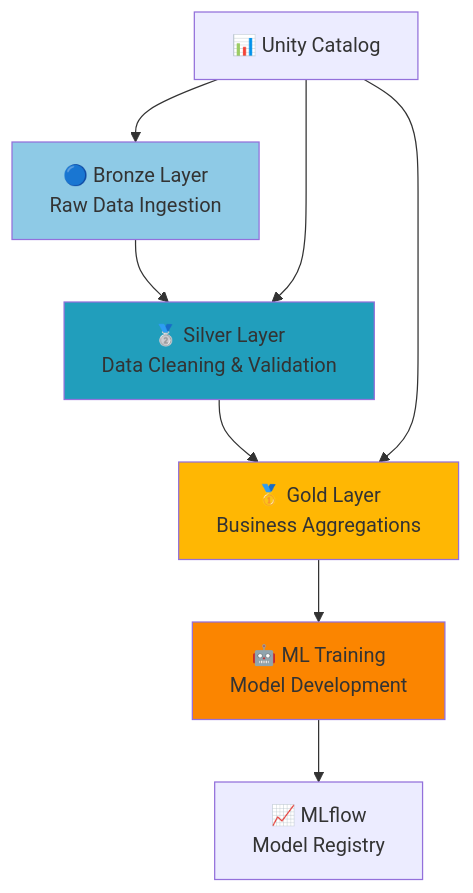
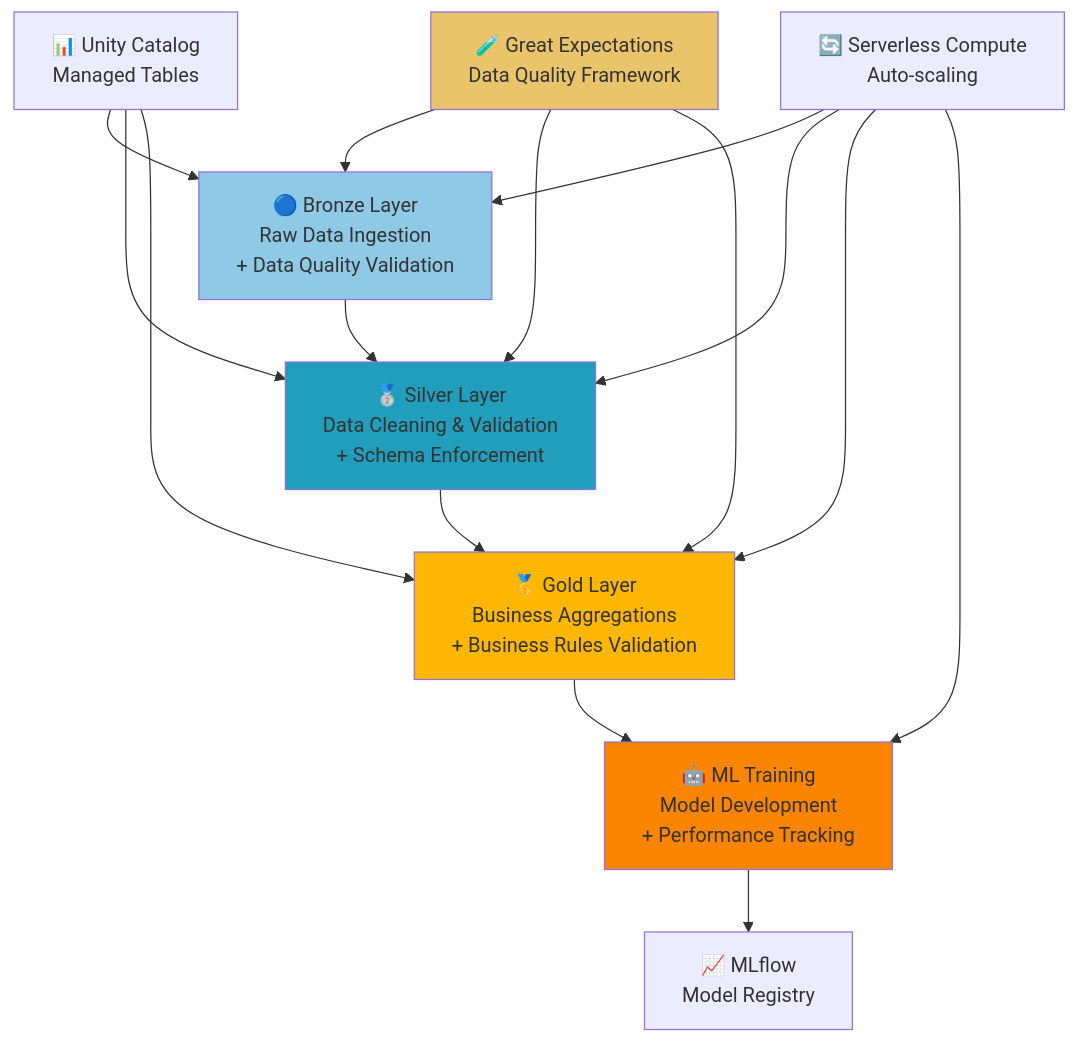
The diagram in iris_bundle/README.md (SchultzVV/Irisdb), drawn with Mermaid before and after one commit. The commit also changed other lines of this file, not shown here.

````diff
--- a/iris_bundle/README.md
+++ b/iris_bundle/README.md
@@ -14,17 +16,27 @@
 ```mermaid
 graph TD
-    A[🔵 Bronze Layer<br/>Raw Data Ingestion] --> B[🥈 Silver Layer<br/>Data Cleaning & Validation]
-    B --> C[🥇 Gold Layer<br/>Business Aggregations]
-    C --> D[🤖 ML Training<br/>Model Development]
+    A[🔵 Bronze Layer<br/>Raw Data Ingestion<br/>+ Data Quality Validation] --> B[🥈 Silver Layer<br/>Data Cleaning & Validation<br/>+ Schema Enforcement]
+    B --> C[🥇 Gold Layer<br/>Business Aggregations<br/>+ Business Rules Validation]
+    C --> D[🤖 ML Training<br/>Model Development<br/>+ Performance Tracking]
     
-    E[📊 Unity Catalog] --> A
+    E[📊 Unity Catalog<br/>Managed Tables] --> A
     E --> B
     E --> C
     
-    D --> F[📈 MLflow<br/>Model Registry]
+    F[🧪 Great Expectations<br/>Data Quality Framework] --> A
+    F --> B
+    F --> C
+    
+    D --> G[📈 MLflow<br/>Model Registry]
+    
+    H[🔄 Serverless Compute<br/>Auto-scaling] --> A
+    H --> B
+    H --> C
+    H --> D
     
     style A fill:#8ecae6
     style B fill:#219ebc
     style C fill:#ffb703
     style D fill:#fb8500
+    style F fill:#e9c46a
 ```
````
